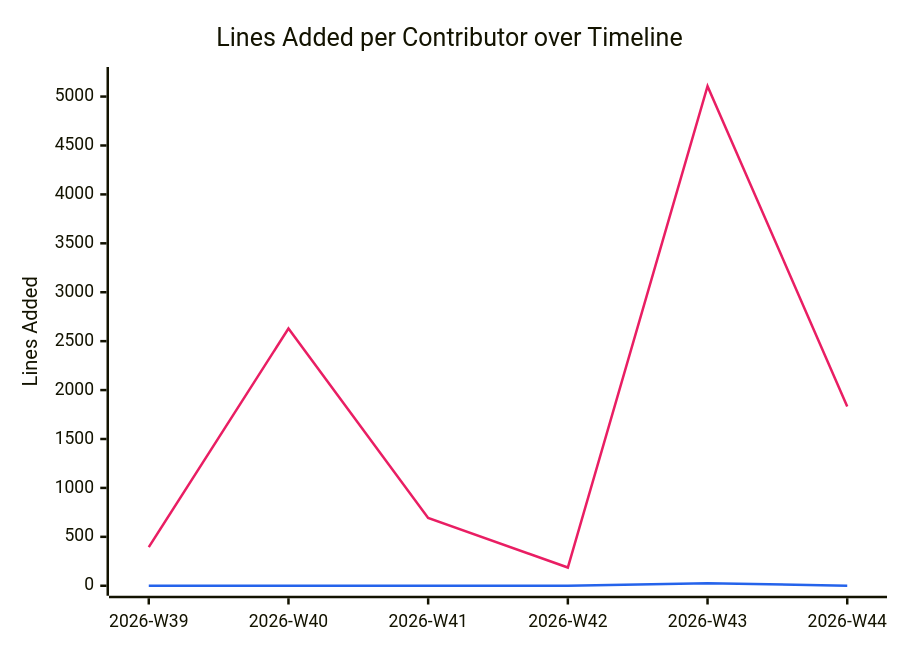
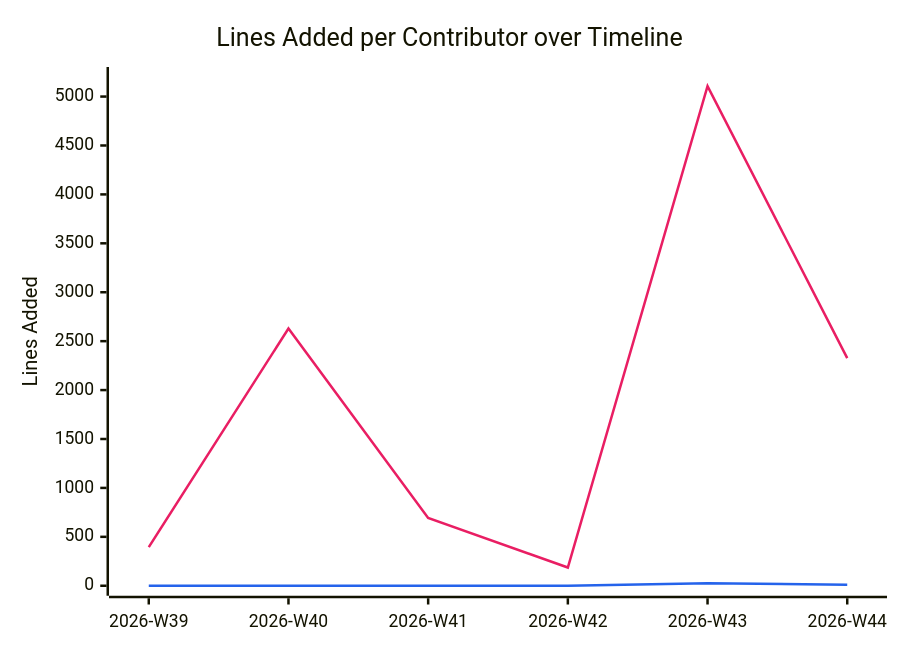
The diagram in documentation/snippets/management/code-additions.mmd (BeyondMagic/wisp), drawn with Mermaid before and after one commit. The commit also changed 2 other files, not shown here.

```diff
--- a/documentation/snippets/management/code-additions.mmd
+++ b/documentation/snippets/management/code-additions.mmd
@@ -1,7 +1,7 @@
 %%{init: {"themeVariables": {"xyChart": {"plotColorPalette": "#e91e63, #2563eb"}}}}%%
 xychart-beta
     title "Lines Added per Contributor over Timeline"
     x-axis ["2026-W39", "2026-W40", "2026-W41", "2026-W42", "2026-W43", "2026-W44"]
     y-axis "Lines Added" 0 --> 5200
-    line [395, 2629, 693, 186, 5106, 1833]
-    line [0, 0, 0, 0, 26, 0]
+    line [395, 2629, 693, 186, 5106, 2327]
+    line [0, 0, 0, 0, 26, 9]
```
